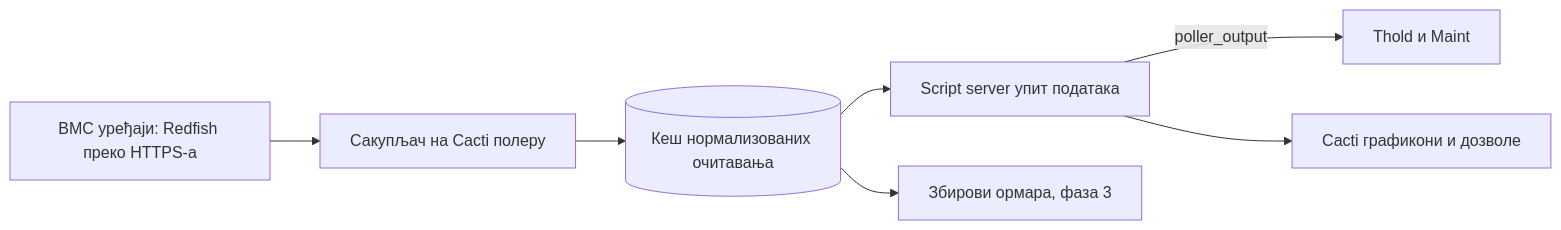
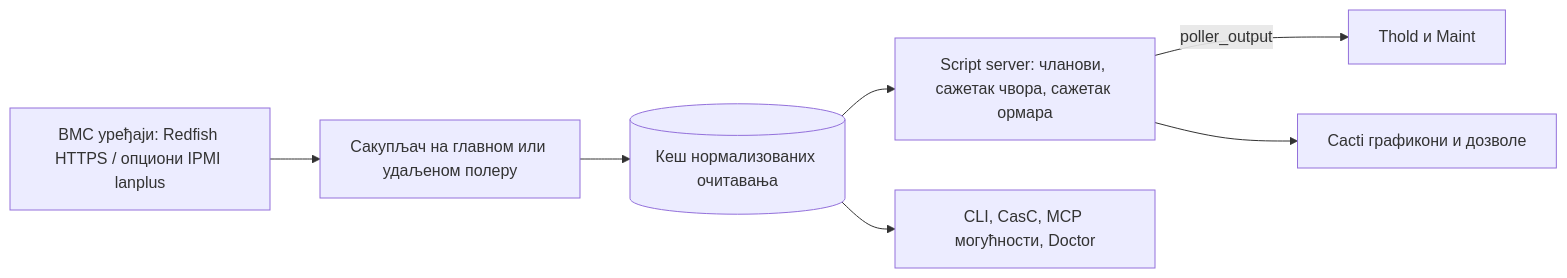
Before and after one commit to somethingwithproof/plugin_redfish: the diagram in docs/i18n/sr-RS/README.md, drawn with Mermaid. The commit also changed other lines of this file and 47 other files, not shown here.

````diff
--- a/docs/i18n/sr-RS/README.md
+++ b/docs/i18n/sr-RS/README.md
@@ -90,9 +140,9 @@
 ```mermaid
 flowchart LR
-    BMC[BMC уређаји: Redfish преко HTTPS-а] --> C[Сакупљач на Cacti полеру]
+    BMC["BMC уређаји: Redfish HTTPS / опциони IPMI lanplus"] --> C["Сакупљач на главном или удаљеном полеру"]
     C --> CACHE[(Кеш нормализованих очитавања)]
-    CACHE --> SS[Script server упит података]
+    CACHE --> SS["Script server: чланови, сажетак чвора, сажетак ормара"]
     SS -->|poller_output| T[Thold и Maint]
     SS --> G[Cacti графикони и дозволе]
-    CACHE --> R[Збирови ормара, фаза 3]
+    CACHE --> ECO["CLI, CasC, MCP могућности, Doctor"]
 ```
````
